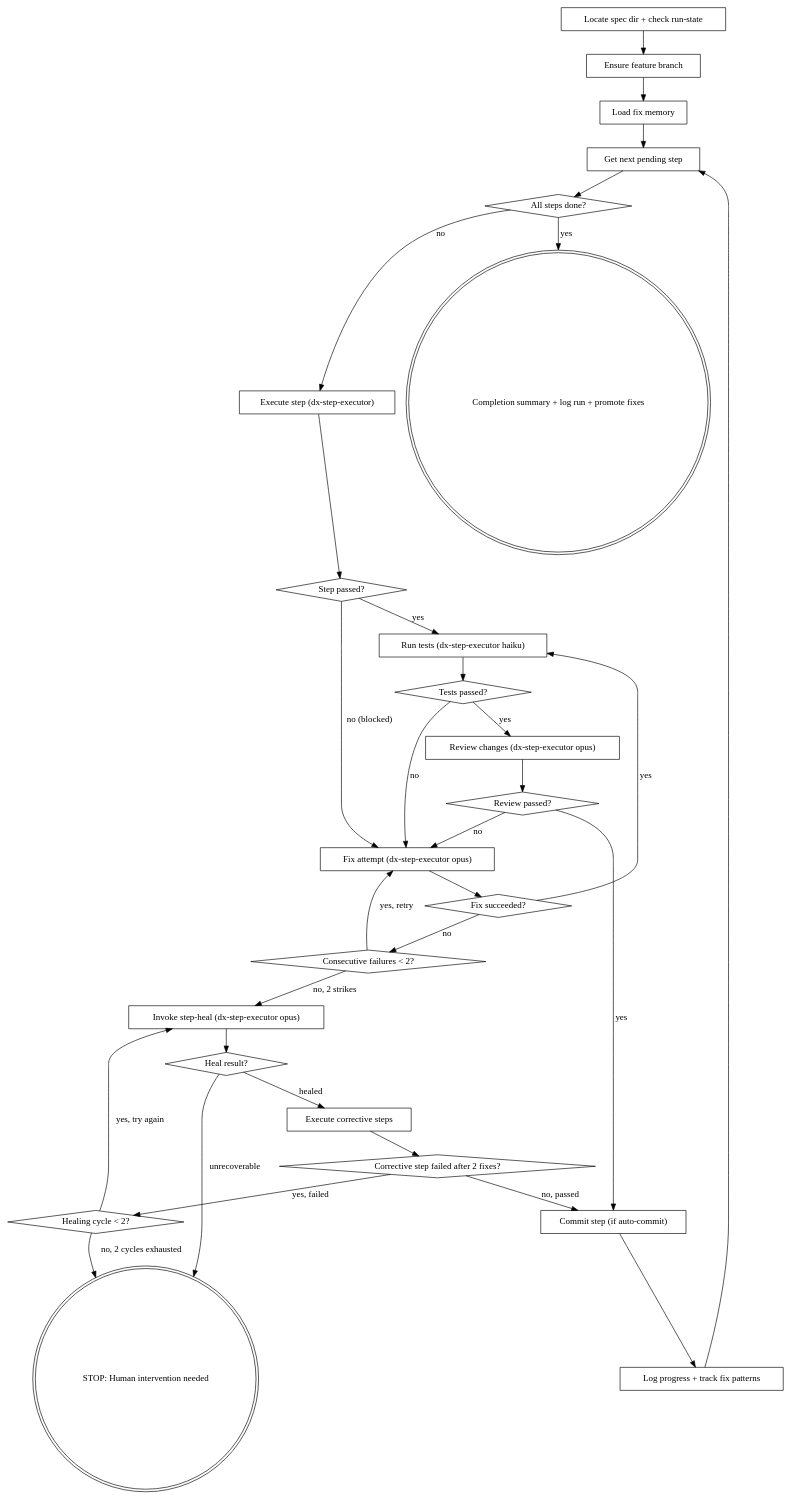
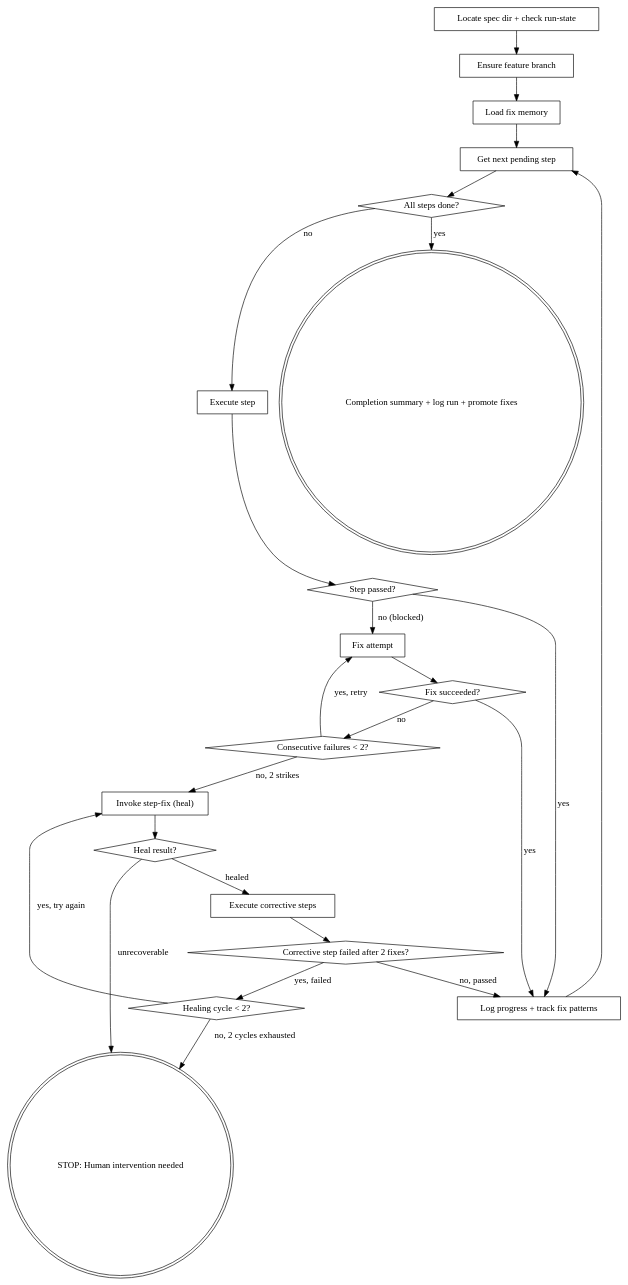
Before and after one commit to easingthemes/dx-aem-flow: the diagram in plugins/dx-core/skills/dx-step-all/SKILL.md, drawn with Graphviz. The commit also changed other lines of this file and 8 other files, not shown here.

````diff
--- a/plugins/dx-core/skills/dx-step-all/SKILL.md
+++ b/plugins/dx-core/skills/dx-step-all/SKILL.md
@@ -21,58 +16,46 @@
 ```dot
 digraph step_all {
     "Locate spec dir + check run-state" [shape=box];
     "Ensure feature branch" [shape=box];
     "Load fix memory" [shape=box];
     "Get next pending step" [shape=box];
     "All steps done?" [shape=diamond];
-    "Execute step (dx-step-executor)" [shape=box];
+    "Execute step" [shape=box];
     "Step passed?" [shape=diamond];
-    "Run tests (dx-step-executor haiku)" [shape=box];
-    "Tests passed?" [shape=diamond];
-    "Review changes (dx-step-executor opus)" [shape=box];
-    "Review passed?" [shape=diamond];
-    "Fix attempt (dx-step-executor opus)" [shape=box];
+    "Fix attempt" [shape=box];
     "Fix succeeded?" [shape=diamond];
     "Consecutive failures < 2?" [shape=diamond];
-    "Invoke step-heal (dx-step-executor opus)" [shape=box];
+    "Invoke step-fix (heal)" [shape=box];
     "Heal result?" [shape=diamond];
     "Execute corrective steps" [shape=box];
     "Corrective step failed after 2 fixes?" [shape=diamond];
     "Healing cycle < 2?" [shape=diamond];
-    "Commit step (if auto-commit)" [shape=box];
     "Log progress + track fix patterns" [shape=box];
     "Completion summary + log run + promote fixes" [shape=doublecircle];
     "STOP: Human intervention needed" [shape=doublecircle];
 
     "Locate spec dir + check run-state" -> "Ensure feature branch";
     "Ensure feature branch" -> "Load fix memory";
     "Load fix memory" -> "Get next pending step";
     "Get next pending step" -> "All steps done?";
     "All steps done?" -> "Completion summary + log run + promote fixes" [label="yes"];
-    "All steps done?" -> "Execute step (dx-step-executor)" [label="no"];
-    "Execute step (dx-step-executor)" -> "Step passed?";
-    "Step passed?" -> "Run tests (dx-step-executor haiku)" [label="yes"];
-    "Step passed?" -> "Fix attempt (dx-step-executor opus)" [label="no (blocked)"];
-    "Run tests (dx-step-executor haiku)" -> "Tests passed?";
-    "Tests passed?" -> "Review changes (dx-step-executor opus)" [label="yes"];
-    "Tests passed?" -> "Fix attempt (dx-step-executor opus)" [label="no"];
-    "Review changes (dx-step-executor opus)" -> "Review passed?";
-    "Review passed?" -> "Commit step (if auto-commit)" [label="yes"];
-    "Review passed?" -> "Fix attempt (dx-step-executor opus)" [label="no"];
-    "Fix attempt (dx-step-executor opus)" -> "Fix succeeded?";
-    "Fix succeeded?" -> "Run tests (dx-step-executor haiku)" [label="yes"];
+    "All steps done?" -> "Execute step" [label="no"];
+    "Execute step" -> "Step passed?";
+    "Step passed?" -> "Log progress + track fix patterns" [label="yes"];
+    "Step passed?" -> "Fix attempt" [label="no (blocked)"];
+    "Fix attempt" -> "Fix succeeded?";
+    "Fix succeeded?" -> "Log progress + track fix patterns" [label="yes"];
     "Fix succeeded?" -> "Consecutive failures < 2?" [label="no"];
-    "Consecutive failures < 2?" -> "Fix attempt (dx-step-executor opus)" [label="yes, retry"];
-    "Consecutive failures < 2?" -> "Invoke step-heal (dx-step-executor opus)" [label="no, 2 strikes"];
-    "Invoke step-heal (dx-step-executor opus)" -> "Heal result?";
+    "Consecutive failures < 2?" -> "Fix attempt" [label="yes, retry"];
+    "Consecutive failures < 2?" -> "Invoke step-fix (heal)" [label="no, 2 strikes"];
+    "Invoke step-fix (heal)" -> "Heal result?";
     "Heal result?" -> "Execute corrective steps" [label="healed"];
     "Heal result?" -> "STOP: Human intervention needed" [label="unrecoverable"];
     "Execute corrective steps" -> "Corrective step failed after 2 fixes?";
-    "Corrective step failed after 2 fixes?" -> "Commit step (if auto-commit)" [label="no, passed"];
+    "Corrective step failed after 2 fixes?" -> "Log progress + track fix patterns" [label="no, passed"];
     "Corrective step failed after 2 fixes?" -> "Healing cycle < 2?" [label="yes, failed"];
-    "Healing cycle < 2?" -> "Invoke step-heal (dx-step-executor opus)" [label="yes, try again"];
+    "Healing cycle < 2?" -> "Invoke step-fix (heal)" [label="yes, try again"];
     "Healing cycle < 2?" -> "STOP: Human intervention needed" [label="no, 2 cycles exhausted"];
-    "Commit step (if auto-commit)" -> "Log progress + track fix patterns";
     "Log progress + track fix patterns" -> "Get next pending step";
 }
 ```
````
